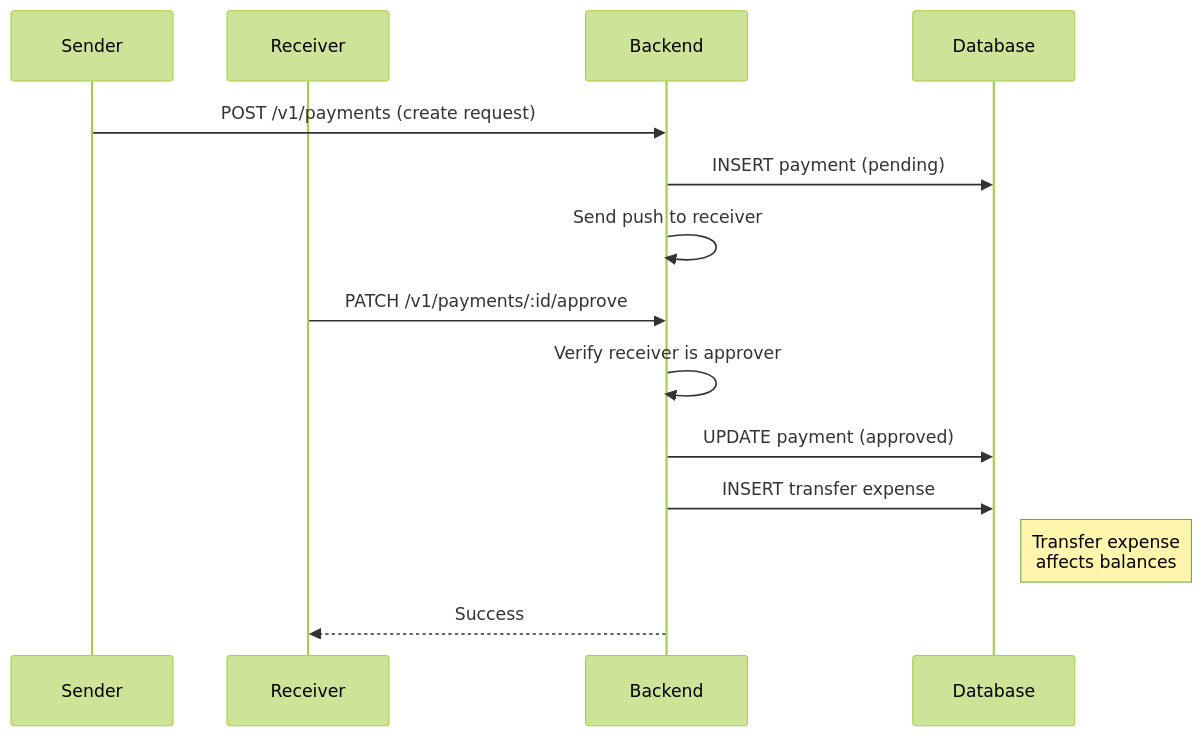
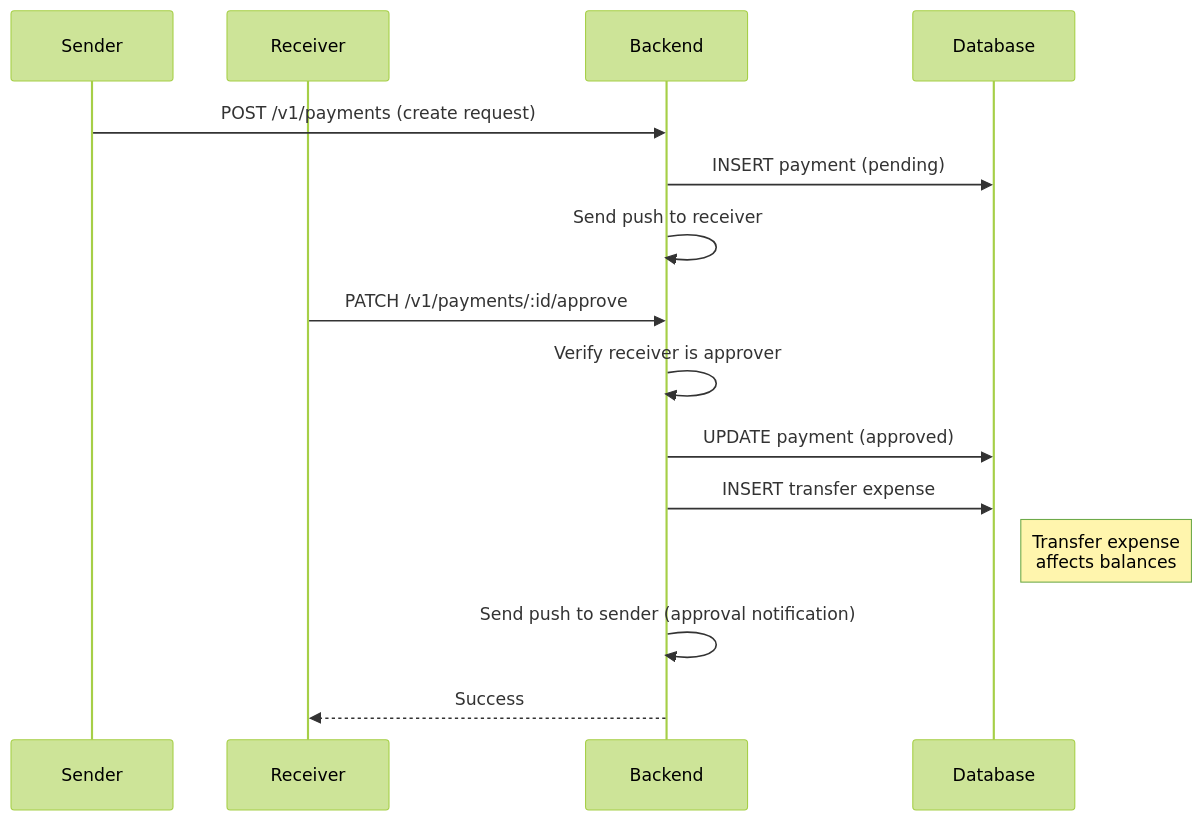
Before and after one commit to Skufu/PayUp: the fifth of 6 diagrams in docs/ARCHITECTURE.md, drawn with Mermaid (forest theme). The commit also changed other lines of this file, not shown here.

First line of the commit message:
docs: verify and update ARCHITECTURE.md for accuracy

````diff
--- a/docs/ARCHITECTURE.md
+++ b/docs/ARCHITECTURE.md
@@ -127,18 +127,19 @@
 ```mermaid
 sequenceDiagram
     participant Sender
     participant Receiver
     participant Backend
     participant Database
     
     Sender->>Backend: POST /v1/payments (create request)
     Backend->>Database: INSERT payment (pending)
     Backend->>Backend: Send push to receiver
     
     Receiver->>Backend: PATCH /v1/payments/:id/approve
     Backend->>Backend: Verify receiver is approver
     Backend->>Database: UPDATE payment (approved)
     Backend->>Database: INSERT transfer expense
     Note right of Database: Transfer expense<br/>affects balances
+    Backend->>Backend: Send push to sender (approval notification)
     Backend-->>Receiver: Success
 ```
````
